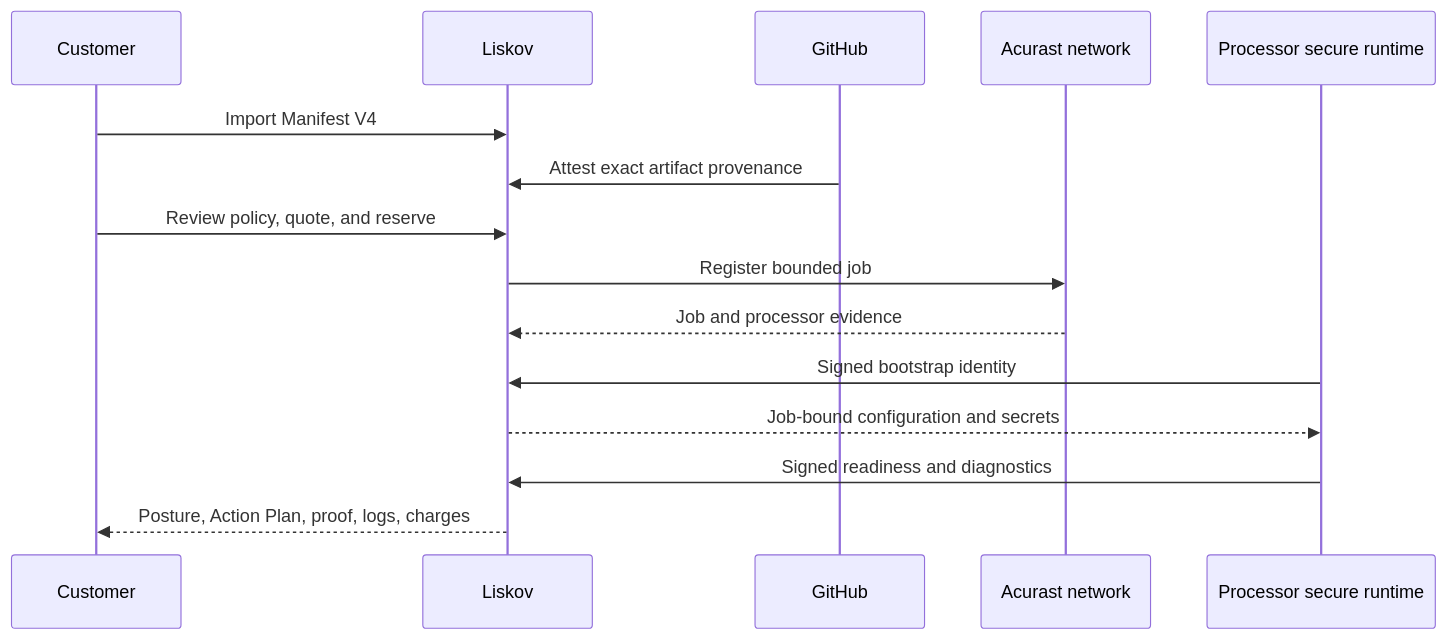
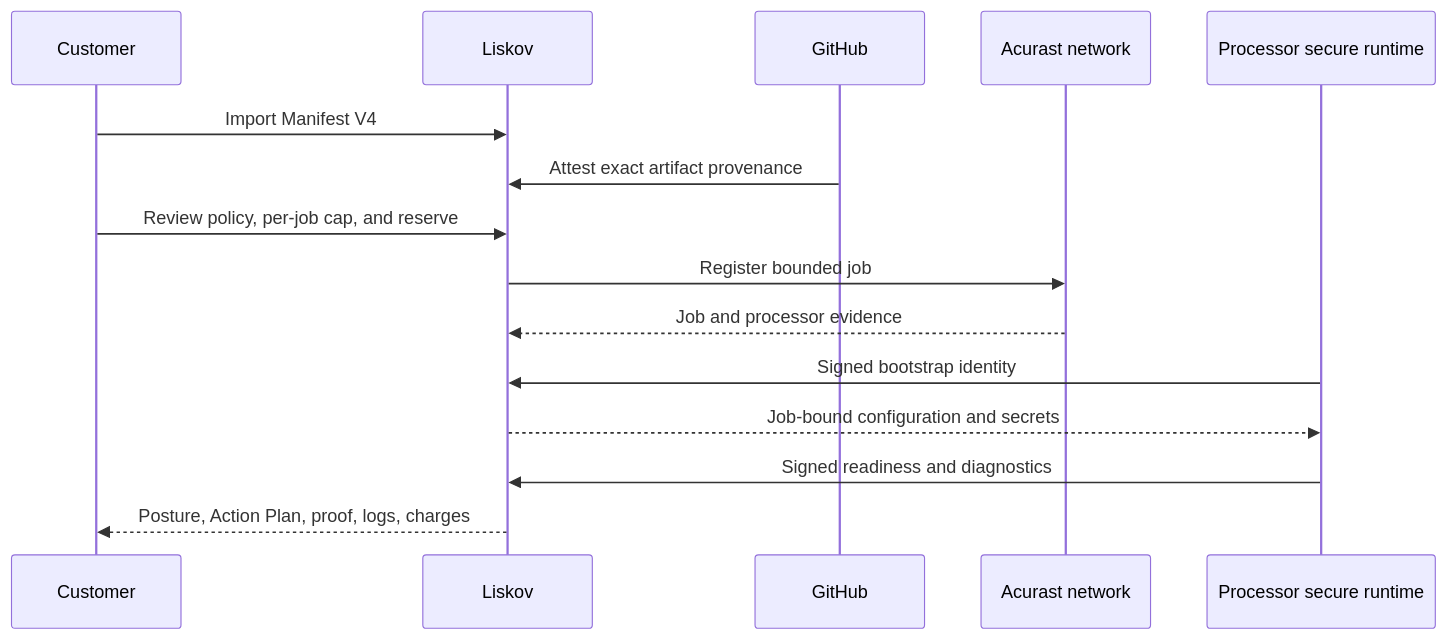
One commit to proof-computer/docs changed the diagram in docs/liskov/concepts/how-liskov-works.md. Above: the diagram before and after it, drawn with Mermaid. The commit also changed other lines of this file and 14 other files, not shown here.

First line of the commit message:
Name the per-job cap and the reserve before launch, not a quote

````diff
--- a/docs/liskov/concepts/how-liskov-works.md
+++ b/docs/liskov/concepts/how-liskov-works.md
@@ -15,18 +15,18 @@
 ```mermaid
 sequenceDiagram
   participant U as Customer
   participant L as Liskov
   participant G as GitHub
   participant A as Acurast network
   participant P as Processor secure runtime
 
   U->>L: Import Manifest V4
   G->>L: Attest exact artifact provenance
-  U->>L: Review policy, quote, and reserve
+  U->>L: Review policy, per-job cap, and reserve
   L->>A: Register bounded job
   A-->>L: Job and processor evidence
   P->>L: Signed bootstrap identity
   L-->>P: Job-bound configuration and secrets
   P->>L: Signed readiness and diagnostics
   L-->>U: Posture, Action Plan, proof, logs, charges
 ```
````
